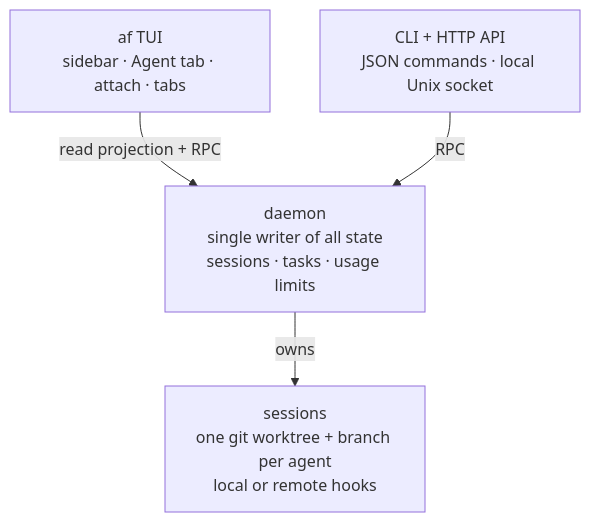
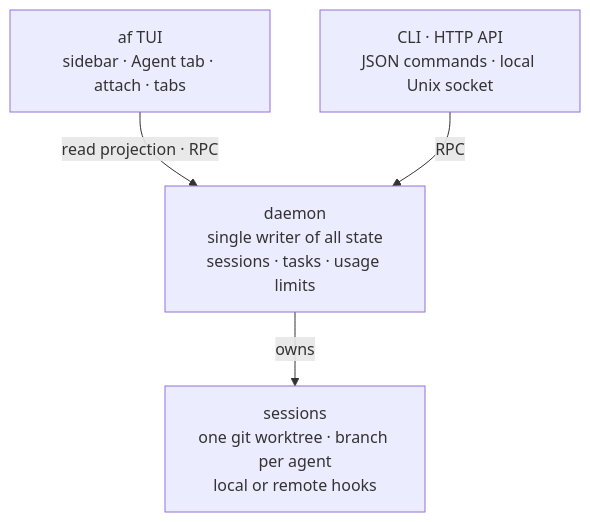
One commit to sachiniyer/agent-factory changed the diagram in docs/index.md. Above: the diagram before and after it, drawn with Mermaid. The commit also changed other lines of this file and 3 other files, not shown here.

````diff
--- a/docs/index.md
+++ b/docs/index.md
@@ -80,11 +80,11 @@
 ```mermaid
 flowchart TB
     tui["af TUI<br/>sidebar · Agent tab · attach · tabs"]
-    cli["CLI + HTTP API<br/>JSON commands · local Unix socket"]
+    cli["CLI · HTTP API<br/>JSON commands · local Unix socket"]
     daemon["daemon<br/>single writer of all state<br/>sessions · tasks · usage limits"]
-    sessions["sessions<br/>one git worktree + branch per agent<br/>local or remote hooks"]
+    sessions["sessions<br/>one git worktree · branch per agent<br/>local or remote hooks"]
 
-    tui -->|"read projection + RPC"| daemon
+    tui -->|"read projection · RPC"| daemon
     cli -->|"RPC"| daemon
     daemon -->|"owns"| sessions
 ```
````
